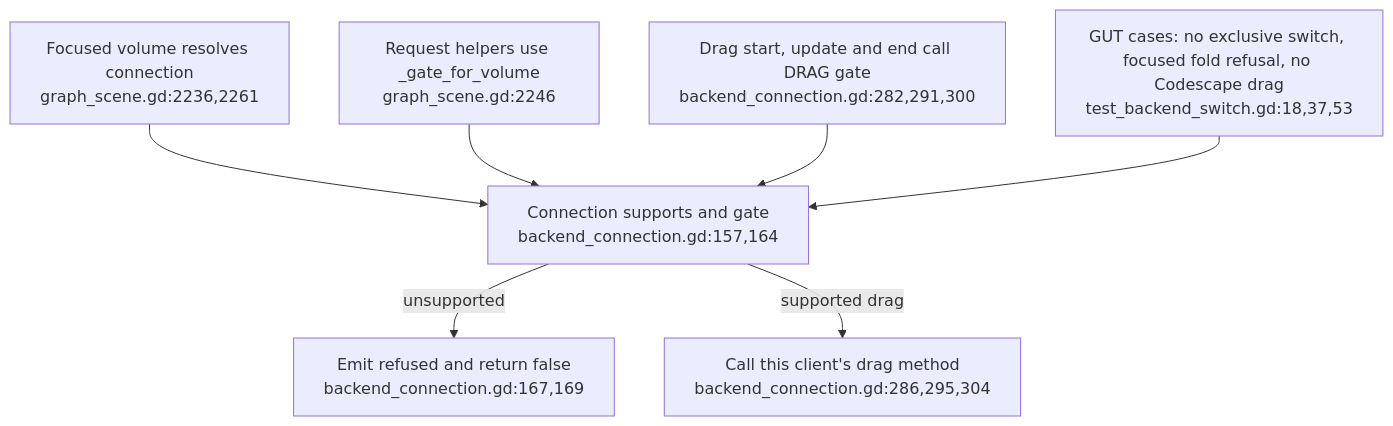
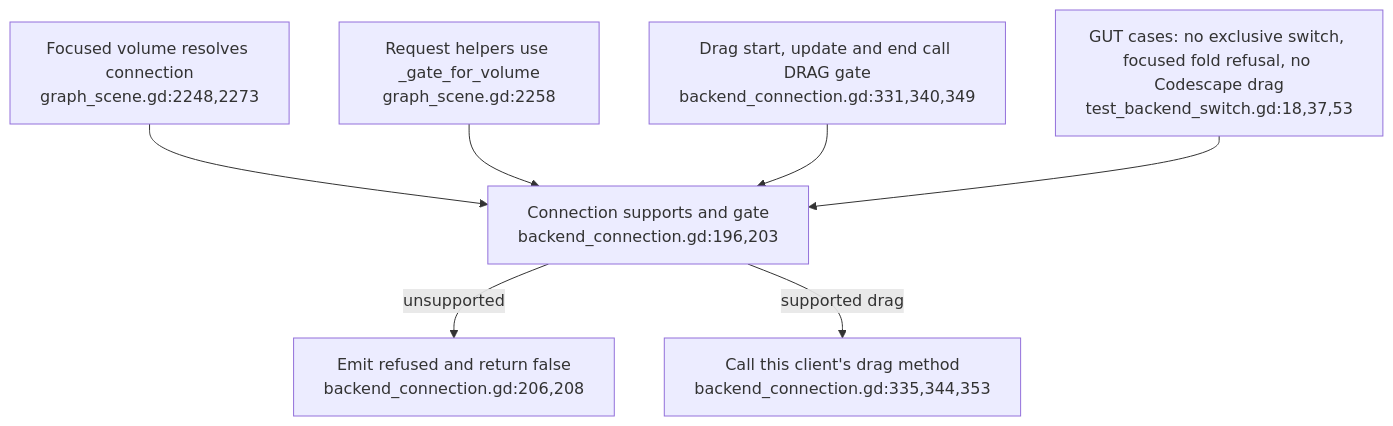
The second of 4 diagrams in docs/diagrams/visionclaw/44-xr-concurrent-backend-connections.md (DreamLab-AI/VisionFlow), drawn with Mermaid before and after one commit. The commit also changed other lines of this file and 24 other files, not shown here.

Commit message:
docs: align XR liveness, filtering and rendering diagrams (#33)

````diff
--- a/docs/diagrams/visionclaw/44-xr-concurrent-backend-connections.md
+++ b/docs/diagrams/visionclaw/44-xr-concurrent-backend-connections.md
@@ -53,9 +56,9 @@
 ```mermaid
 flowchart TD
-    FOCUS["Focused volume resolves connection<br/>graph_scene.gd:2236,2261"] --> CAP["Connection supports and gate<br/>backend_connection.gd:157,164"]
-    REQ["Request helpers use _gate_for_volume<br/>graph_scene.gd:2246"] --> CAP
-    DRAG["Drag start, update and end call DRAG gate<br/>backend_connection.gd:282,291,300"] --> CAP
-    CAP -->|unsupported| NO["Emit refused and return false<br/>backend_connection.gd:167,169"]
-    CAP -->|supported drag| SEND["Call this client's drag method<br/>backend_connection.gd:286,295,304"]
+    FOCUS["Focused volume resolves connection<br/>graph_scene.gd:2248,2273"] --> CAP["Connection supports and gate<br/>backend_connection.gd:196,203"]
+    REQ["Request helpers use _gate_for_volume<br/>graph_scene.gd:2258"] --> CAP
+    DRAG["Drag start, update and end call DRAG gate<br/>backend_connection.gd:331,340,349"] --> CAP
+    CAP -->|unsupported| NO["Emit refused and return false<br/>backend_connection.gd:206,208"]
+    CAP -->|supported drag| SEND["Call this client's drag method<br/>backend_connection.gd:335,344,353"]
     TEST["GUT cases: no exclusive switch, focused fold refusal, no Codescape drag<br/>test_backend_switch.gd:18,37,53"] --> CAP
 ```
````
